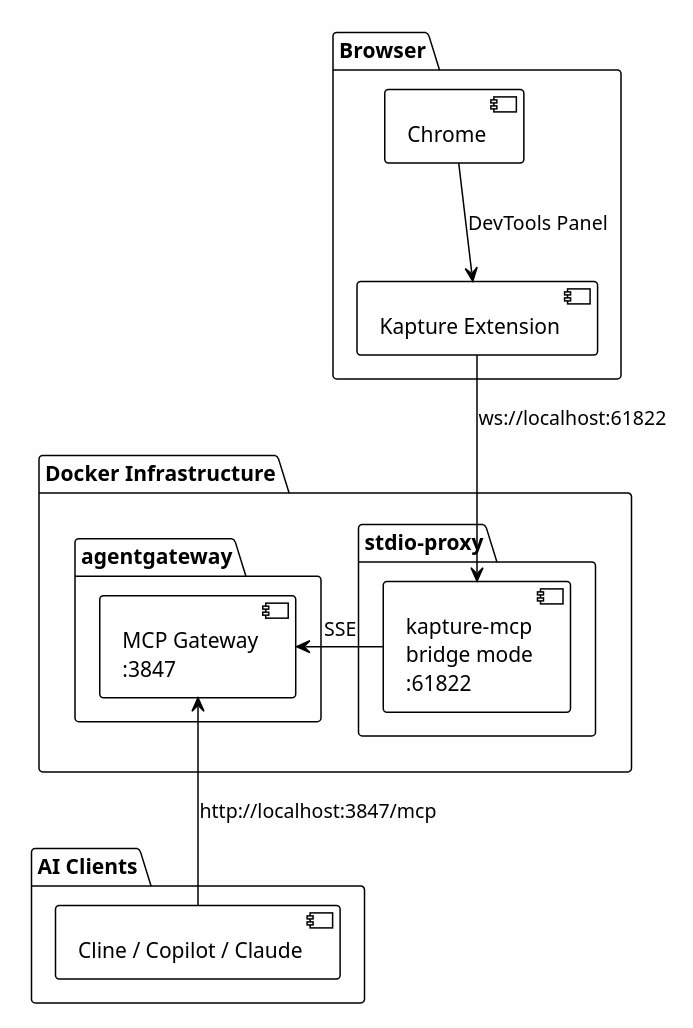
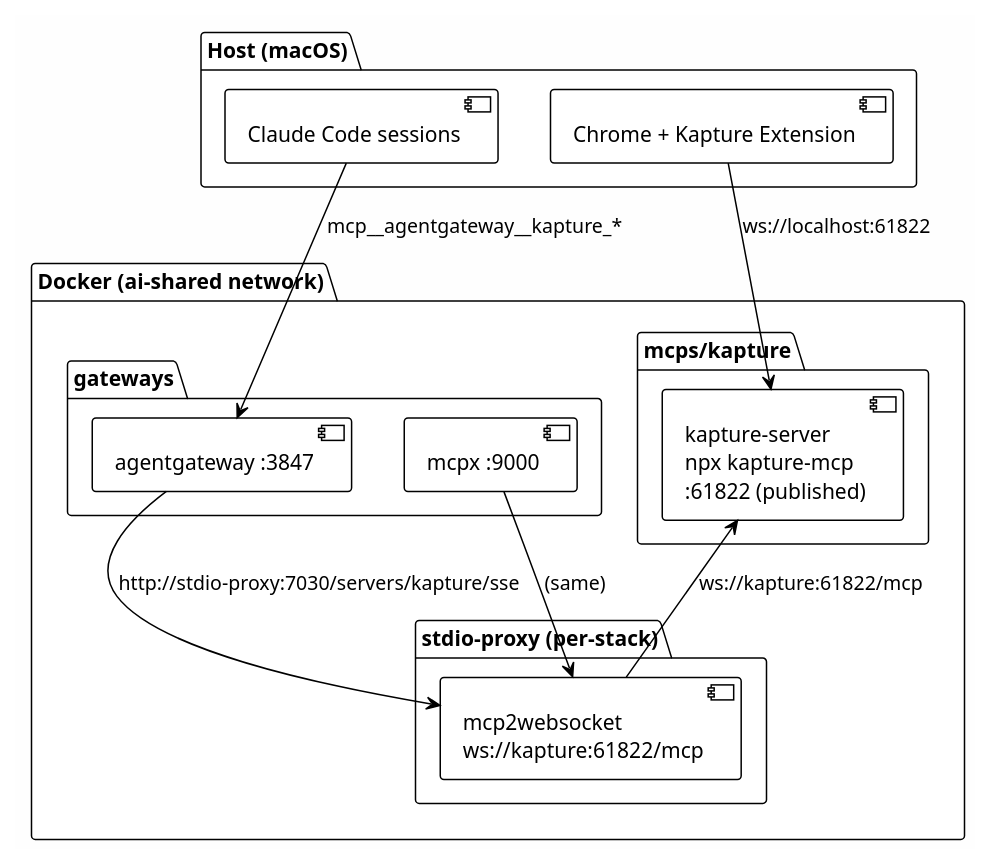
The diagram in mcps/kapture/readme.md (bobthearsonist/ai-infrastructure), drawn with PlantUML before and after one commit. The commit also changed other lines of this file and 3 other files, not shown here.

First line of the commit message:
feat(kapture): centralize WebSocket server in dedicated container

````diff
--- a/mcps/kapture/readme.md
+++ b/mcps/kapture/readme.md
@@ -10,32 +16,33 @@
 ```plantuml
-@startuml Kapture Integration
+@startuml Kapture Architecture
 !theme plain
 skinparam backgroundColor #FEFEFE
 
-package "Browser" {
-  [Chrome] as chrome
-  [Kapture Extension] as ext
-  chrome -down-> ext : DevTools Panel
+package "Host (macOS)" {
+  [Chrome + Kapture Extension] as ext
+  [Claude Code sessions] as claude
 }
 
-package "Docker Infrastructure" {
-  package "stdio-proxy" {
-    [kapture-mcp\nbridge mode\n:61822] as kapture_mcp
+package "Docker (ai-shared network)" {
+  package "mcps/kapture" {
+    [kapture-server\nnpx kapture-mcp\n:61822 (published)] as kserver
   }
 
-  package "agentgateway" {
-    [MCP Gateway\n:3847] as gateway
+  package "stdio-proxy (per-stack)" {
+    [mcp2websocket\nws://kapture:61822/mcp] as bridge
   }
 
-  kapture_mcp -right-> gateway : SSE
+  package "gateways" {
+    [agentgateway :3847] as agw
+    [mcpx :9000] as mcpx
+  }
 }
 
-package "AI Clients" {
-  [Cline / Copilot / Claude] as clients
-}
-
-ext -down-> kapture_mcp : ws://localhost:61822
-clients -up-> gateway : http://localhost:3847/mcp
+ext -down-> kserver : ws://localhost:61822
+bridge -up-> kserver : ws://kapture:61822/mcp
+agw -down-> bridge : http://stdio-proxy:7030/servers/kapture/sse
+mcpx -down-> bridge : (same)
+claude -right-> agw : mcp__agentgateway__kapture_*
 
 @enduml
 ```
````
